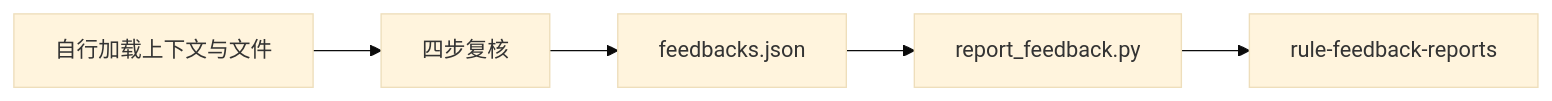
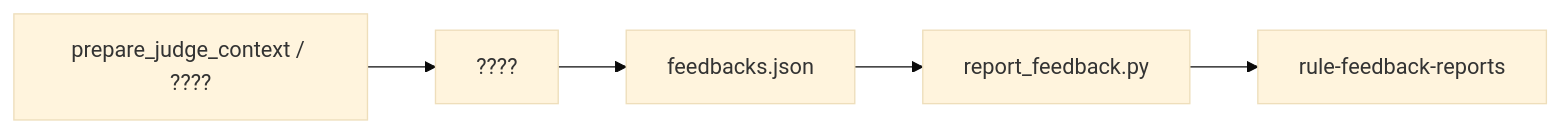
The diagram in skills/pr-rule-feedback/SKILL.md (TheAceTeam/AceHarness), drawn with Mermaid (base theme) before and after one commit. The commit also changed other lines of this file and 5 other files, not shown here.

````diff
--- a/skills/pr-rule-feedback/SKILL.md
+++ b/skills/pr-rule-feedback/SKILL.md
@@ -67,7 +68,7 @@
 ```mermaid
 flowchart LR
-  A[自行加载上下文与文件] --> B[四步复核]
+  A[prepare_judge_context / ????] --> B[????]
   B --> C[feedbacks.json]
   C --> D[report_feedback.py]
   D --> E[rule-feedback-reports]
 ```
````
